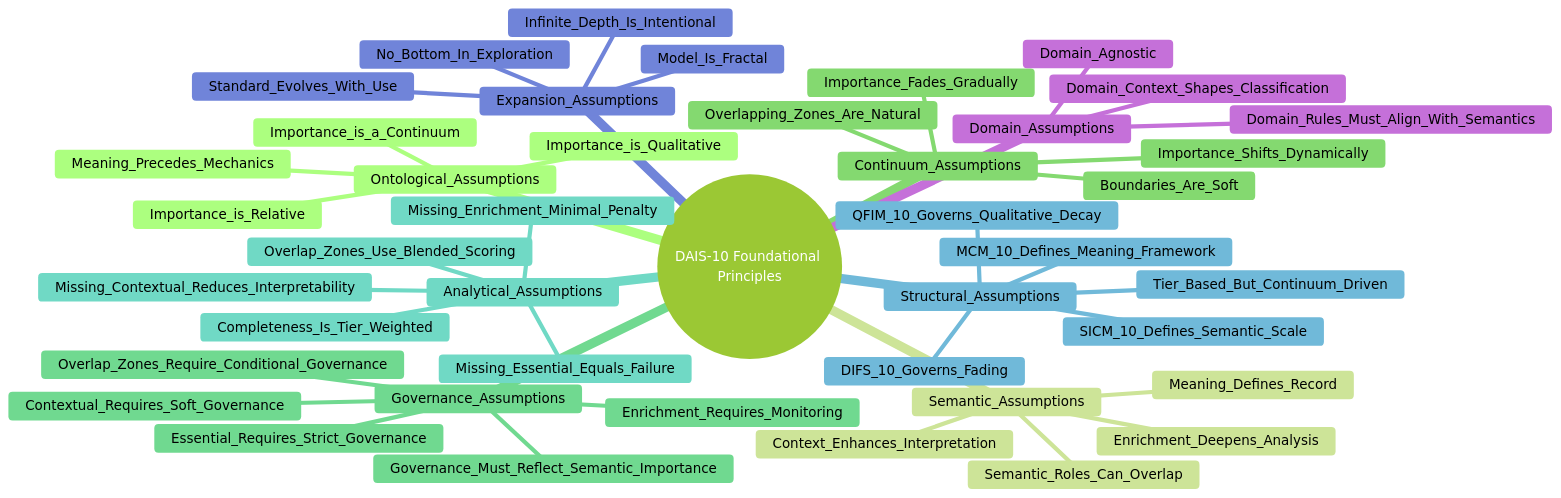
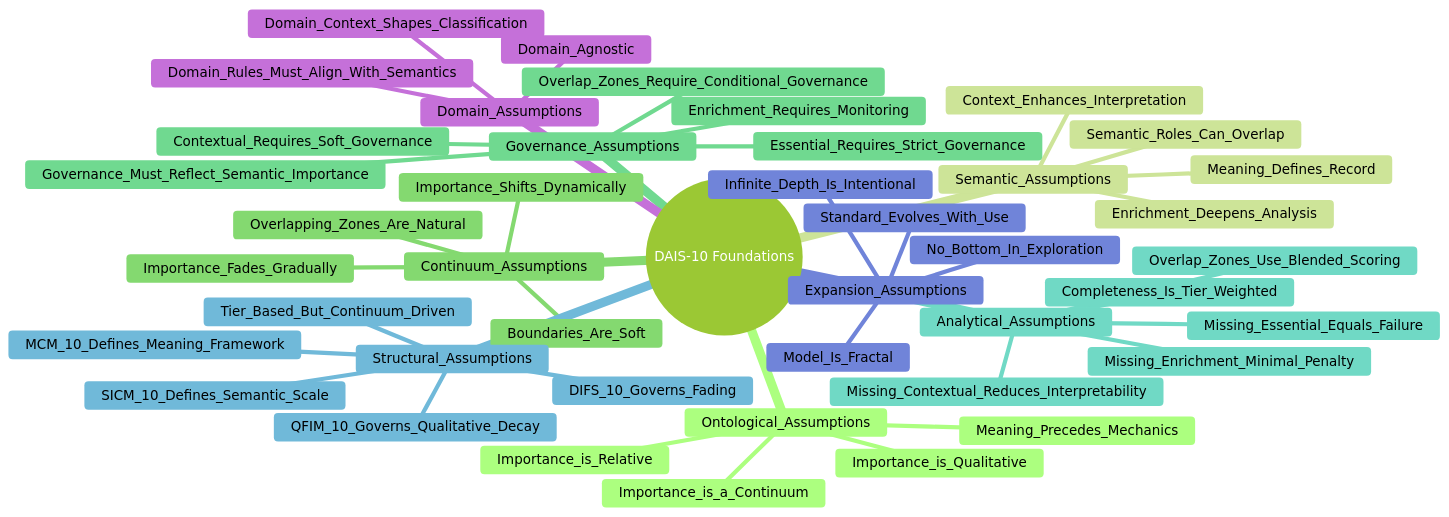
Before and after one commit to usman19zafar/DAIS-10-Continuum: the second of 2 diagrams in DAIS‑10 Mindmap.md, drawn with Mermaid (forest theme).

Commit message:
Update DAIS‑10 Mindmap.md

````diff
--- a/DAIS‑10 Mindmap.md
+++ b/DAIS‑10 Mindmap.md
@@ -133,55 +133,55 @@
 ```mermaid
 
 mindmap
-  root((DAIS‑10 Foundational Principles))
+  root((DAIS‑10 Foundations))
 
     Ontological_Assumptions
       Importance_is_Qualitative
       Importance_is_a_Continuum
       Importance_is_Relative
       Meaning_Precedes_Mechanics
 
     Semantic_Assumptions
       Meaning_Defines_Record
       Context_Enhances_Interpretation
       Enrichment_Deepens_Analysis
       Semantic_Roles_Can_Overlap
 
     Continuum_Assumptions
       Importance_Fades_Gradually
       Overlapping_Zones_Are_Natural
       Boundaries_Are_Soft
       Importance_Shifts_Dynamically
 
     Governance_Assumptions
       Essential_Requires_Strict_Governance
       Contextual_Requires_Soft_Governance
       Enrichment_Requires_Monitoring
       Overlap_Zones_Require_Conditional_Governance
       Governance_Must_Reflect_Semantic_Importance
 
     Analytical_Assumptions
       Completeness_Is_Tier_Weighted
       Missing_Essential_Equals_Failure
       Missing_Contextual_Reduces_Interpretability
       Missing_Enrichment_Minimal_Penalty
       Overlap_Zones_Use_Blended_Scoring
 
     Structural_Assumptions
       Tier_Based_But_Continuum_Driven
       DIFS_10_Governs_Fading
       QFIM_10_Governs_Qualitative_Decay
       SICM_10_Defines_Semantic_Scale
       MCM_10_Defines_Meaning_Framework
 
     Expansion_Assumptions
       Model_Is_Fractal
       No_Bottom_In_Exploration
       Standard_Evolves_With_Use
       Infinite_Depth_Is_Intentional
 
     Domain_Assumptions
       Domain_Agnostic
       Domain_Context_Shapes_Classification
       Domain_Rules_Must_Align_With_Semantics
 ```
````
